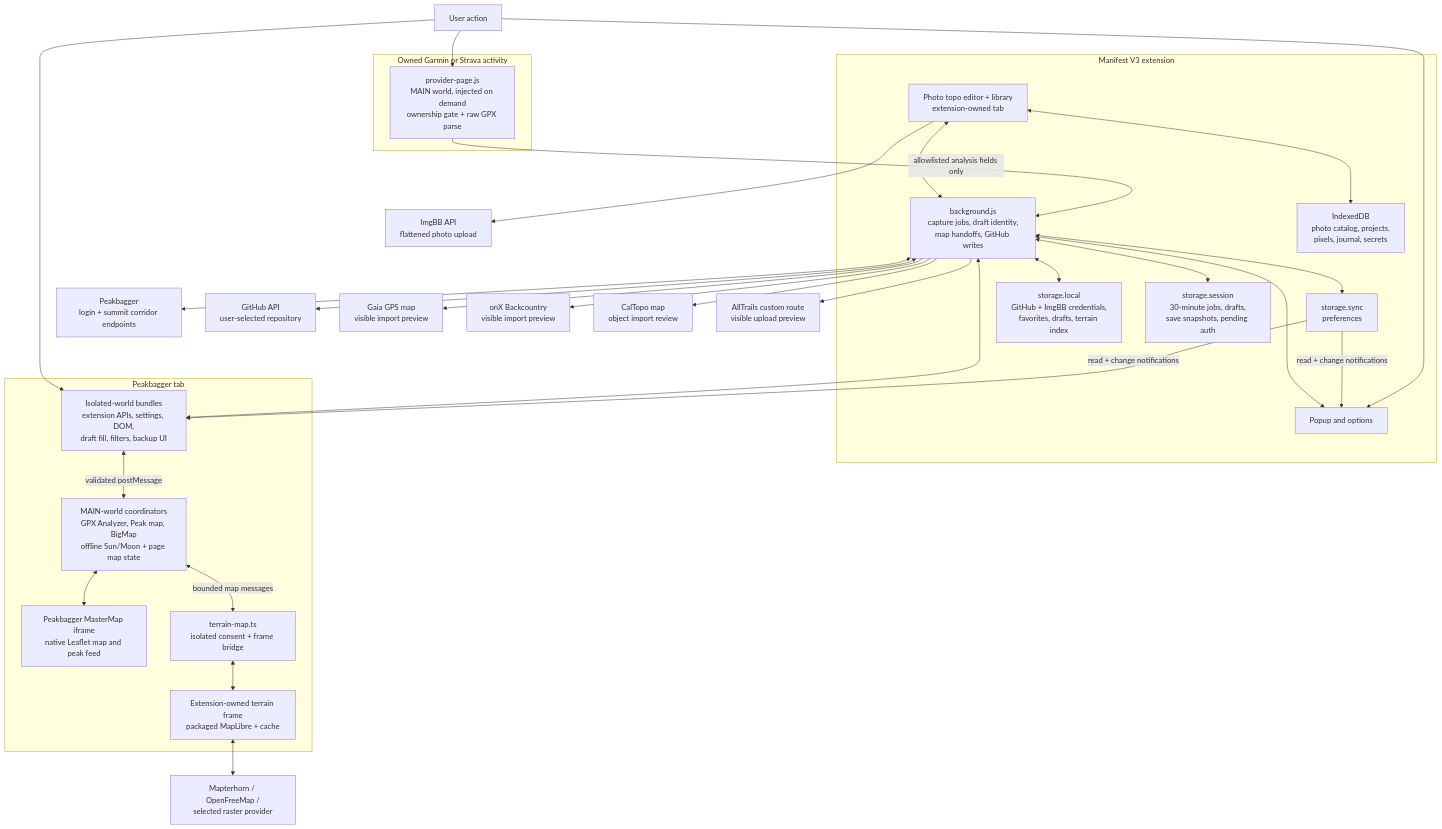
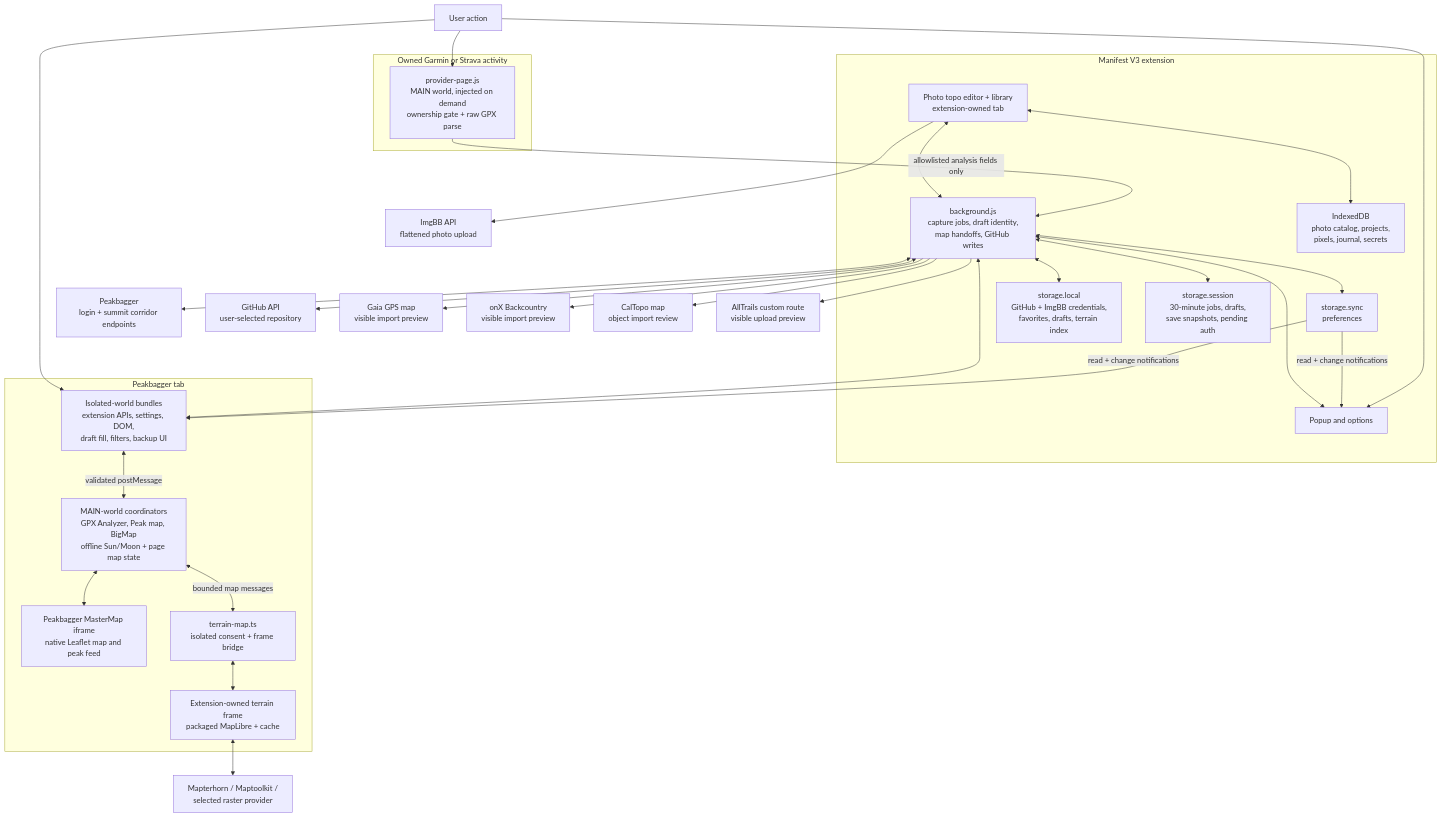
One commit to wilmtang/better-peakbagger changed the first of 2 diagrams in docs/architecture.md. Above: the diagram before and after it, drawn with Mermaid. The commit also changed other lines of this file and 40 other files, not shown here.

````diff
--- a/docs/architecture.md
+++ b/docs/architecture.md
@@ -15,61 +15,61 @@
 ```mermaid
 flowchart TB
     user["User action"]
 
     subgraph provider["Owned Garmin or Strava activity"]
         providerPage["provider-page.js<br/>MAIN world, injected on demand<br/>ownership gate + raw GPX parse"]
     end
 
     subgraph extension["Manifest V3 extension"]
         popup["Popup and options"]
         worker["background.js<br/>capture jobs, draft identity,<br/>map handoffs, GitHub writes"]
         photoPage["Photo topo editor + library<br/>extension-owned tab"]
         photoDb["IndexedDB<br/>photo catalog, projects,<br/>pixels, journal, secrets"]
         sync["storage.sync<br/>preferences"]
         local["storage.local<br/>GitHub + ImgBB credentials,<br/>favorites, drafts, terrain index"]
         session["storage.session<br/>30-minute jobs, drafts,<br/>save snapshots, pending auth"]
     end
 
     subgraph peakbagger["Peakbagger tab"]
         isolated["Isolated-world bundles<br/>extension APIs, settings, DOM,<br/>draft fill, filters, backup UI"]
         main["MAIN-world coordinators<br/>GPX Analyzer, Peak map, BigMap<br/>offline Sun/Moon + page map state"]
         master["Peakbagger MasterMap iframe<br/>native Leaflet map and peak feed"]
         terrainBridge["terrain-map.ts<br/>isolated consent + frame bridge"]
         terrainFrame["Extension-owned terrain frame<br/>packaged MapLibre + cache"]
     end
 
     peakApi["Peakbagger<br/>login + summit corridor endpoints"]
     imgbb["ImgBB API<br/>flattened photo upload"]
     github["GitHub API<br/>user-selected repository"]
     gaia["Gaia GPS map<br/>visible import preview"]
     onx["onX Backcountry<br/>visible import preview"]
     caltopo["CalTopo map<br/>object import review"]
     alltrails["AllTrails custom route<br/>visible upload preview"]
-    tiles["Mapterhorn / OpenFreeMap /<br/>selected raster provider"]
+    tiles["Mapterhorn / Maptoolkit /<br/>selected raster provider"]
 
     user --> providerPage
     user --> isolated
     user --> popup
     providerPage -- "allowlisted analysis fields only" --> worker
     isolated <--> worker
     popup <--> worker
     photoPage <--> worker
     photoPage <--> photoDb
     photoPage --> imgbb
     sync -- "read + change notifications" --> popup
     sync -- "read + change notifications" --> isolated
     worker <--> sync
     worker <--> session
     worker <--> local
     worker <--> peakApi
     worker <--> github
     worker --> gaia
     worker --> onx
     worker --> caltopo
     worker --> alltrails
     isolated <-->|"validated postMessage"| main
     main <--> master
     main <-->|"bounded map messages"| terrainBridge
     terrainBridge <--> terrainFrame
     terrainFrame <--> tiles
 ```
````
